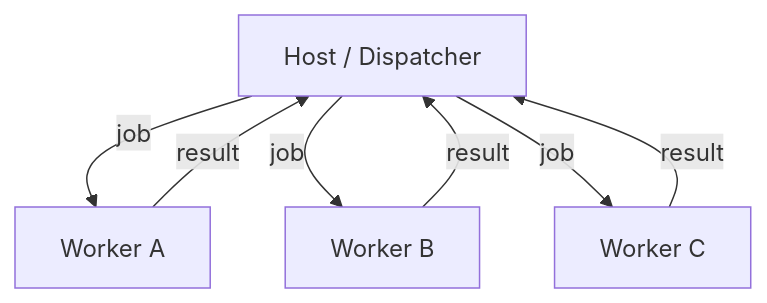
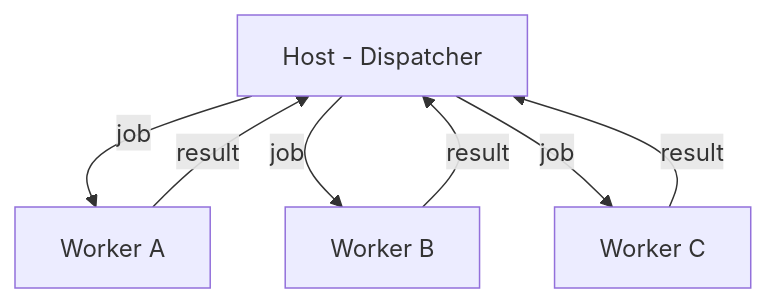
One commit to petervdpas/goop2 changed the second of 2 diagrams in internal/rendezvous/docs/08-advanced.md. Above: the diagram before and after it, drawn with Mermaid. The commit also changed other lines of this file and 9 other files, not shown here.

````diff
--- a/internal/rendezvous/docs/08-advanced.md
+++ b/internal/rendezvous/docs/08-advanced.md
@@ -121,9 +122,9 @@
 ```mermaid
 graph TD
-    H[Host / Dispatcher] -->|job| A[Worker A]
-    H -->|job| B[Worker B]
-    H -->|job| C[Worker C]
+    H["Host - Dispatcher"] -->|job| A["Worker A"]
+    H -->|job| B["Worker B"]
+    H -->|job| C["Worker C"]
     A -->|result| H
     B -->|result| H
     C -->|result| H
 ```
````
